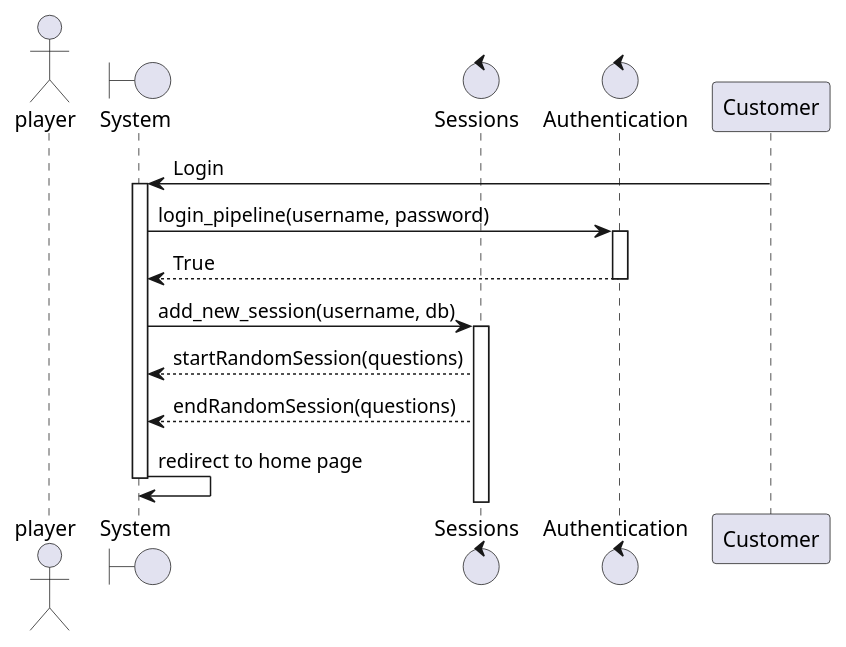
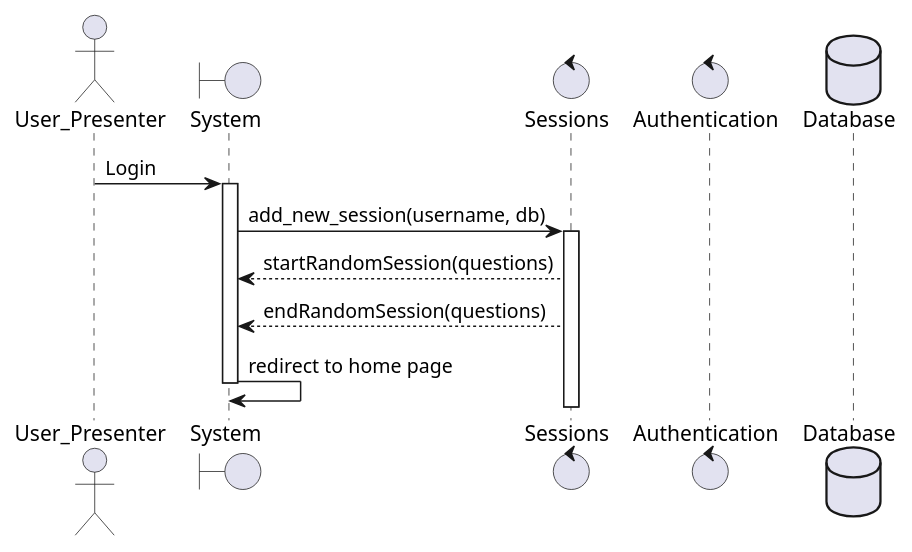
One commit to Jackson-Franke74/ITSC-3155-Final-Project changed the diagram in diagrams/sequences/startRandomSession.puml. Above: the diagram before and after it, drawn with PlantUML. The commit also changed 1 other file, not shown here.

```diff
--- a/diagrams/sequences/startRandomSession.puml
+++ b/diagrams/sequences/startRandomSession.puml
@@ -1,18 +1,15 @@
 @startuml startRandomSession
-actor player 
+actor User_Presenter
 boundary "System" as system
 control "Sessions" as sessions
 control "Authentication" as auth
-Customer -> system: Login
+database "Database" as db
+User_Presenter -> system: Login
 activate system
-system -> auth: login_pipeline(username, password)
-activate auth
-auth --> system: True
-deactivate auth
 system -> sessions: add_new_session(username, db)
 activate sessions
 sessions --> system: startRandomSession(questions)
 sessions --> system: endRandomSession(questions)
 system -> system: redirect to home page
 deactivate system
 @enduml
```
